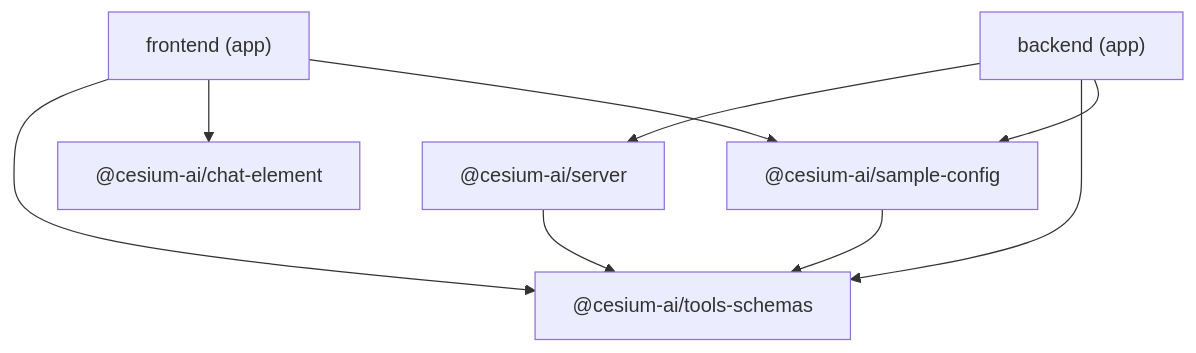
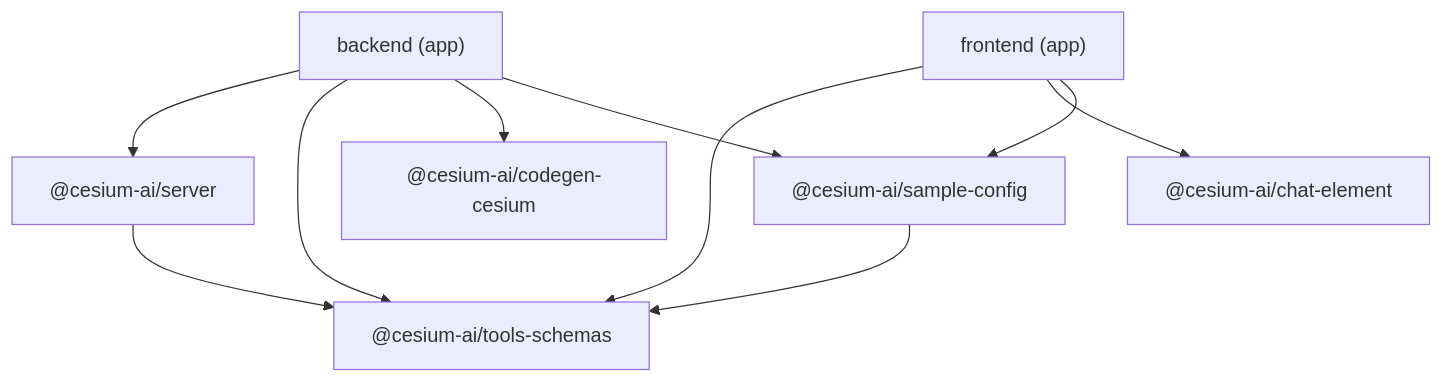
Before and after one commit to CesiumGS/cesiumjs-ai-starter-app: the diagram in docs/packages/index.md, drawn with Mermaid. The commit also changed other lines of this file and 25 other files, not shown here.

````diff
--- a/docs/packages/index.md
+++ b/docs/packages/index.md
@@ -24,18 +25,20 @@
 ```mermaid
 flowchart TD
     tools["@cesium-ai/tools-schemas"]
+    codegen["@cesium-ai/codegen-cesium"]
     server["@cesium-ai/server"]
     chatel["@cesium-ai/chat-element"]
     shared["@cesium-ai/sample-config"]
     backend["backend (app)"]
     frontend["frontend (app)"]
 
     backend --> server
     backend --> tools
+    backend --> codegen
     backend --> shared
     frontend --> tools
     frontend --> chatel
     frontend --> shared
     shared --> tools
     server --> tools
 ```
````
